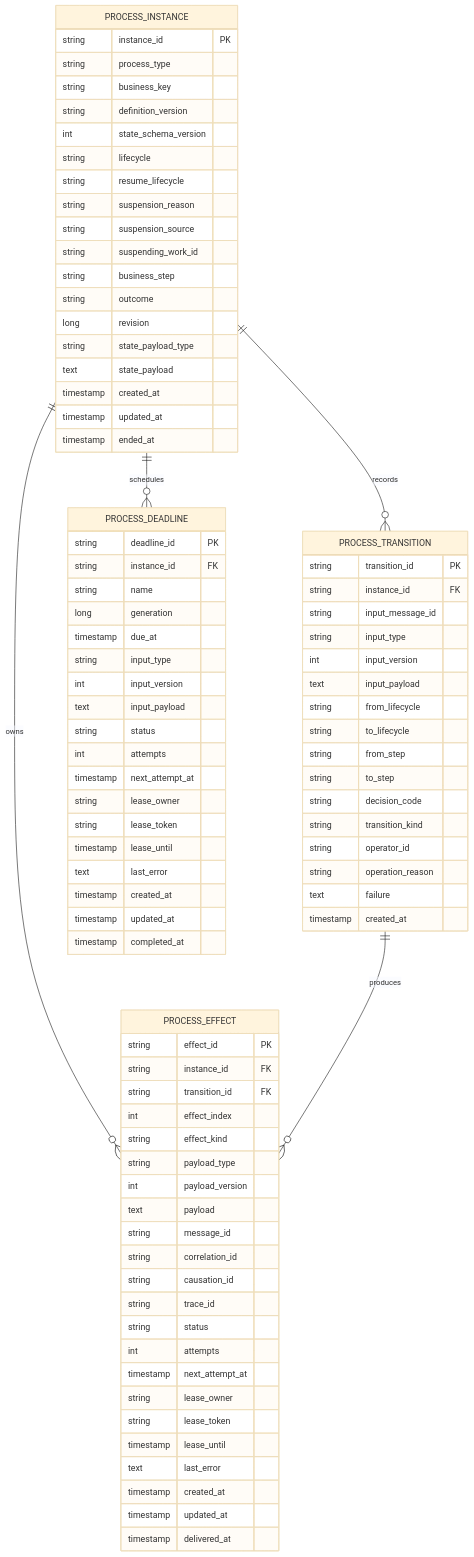
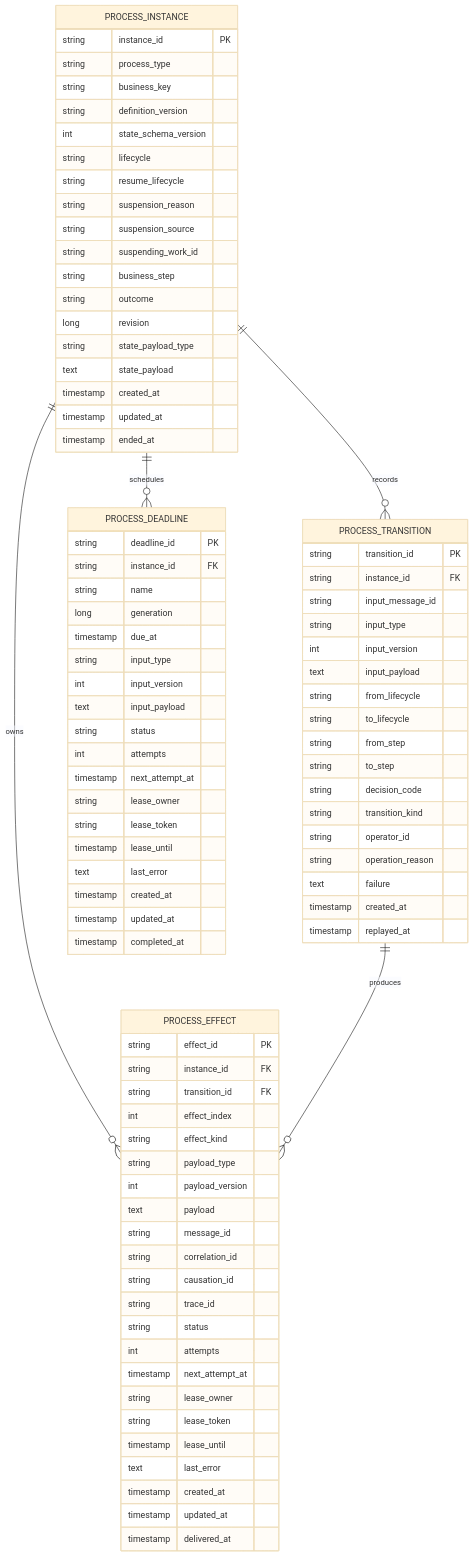
Before and after one commit to ryan-alexander-zhang/ai-native-project-template: the fifth of 9 diagrams in docs/design/design-00004-durable-process-manager-runtime.md, drawn with Mermaid (base theme). The commit also changed other lines of this file and 5 other files, not shown here.

```diff
--- a/docs/design/design-00004-durable-process-manager-runtime.md
+++ b/docs/design/design-00004-durable-process-manager-runtime.md
@@ -632,6 +632,7 @@
     string operation_reason
     text failure
     timestamp created_at
+    timestamp replayed_at
   }
 
   PROCESS_EFFECT {
```
